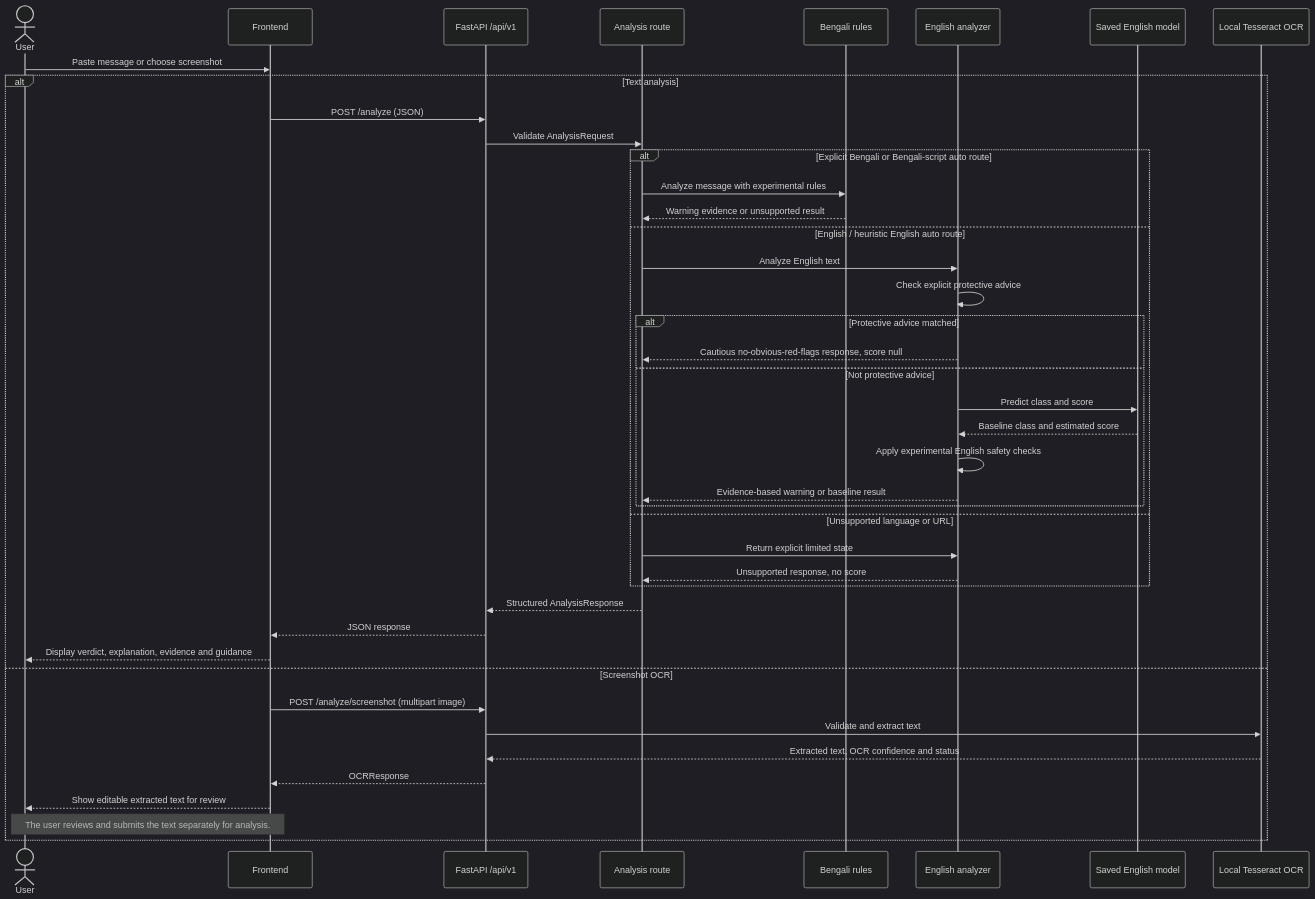
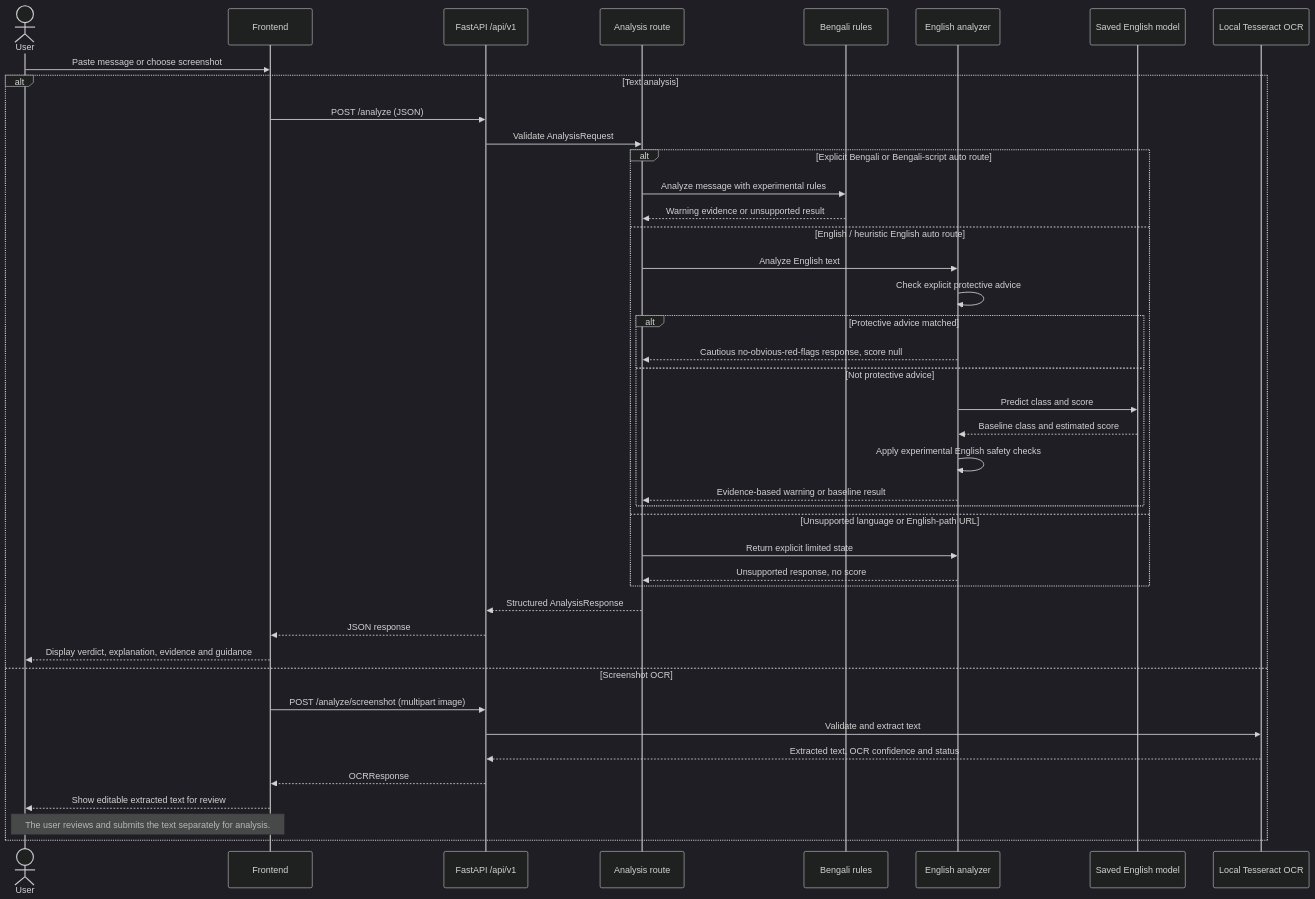
The second of 2 diagrams in docs/architecture.md (devmehrotra-git/CyberHead_Sotorko), drawn with Mermaid (dark theme) before and after one commit. The commit also changed other lines of this file, not shown here.

Commit message:
docs: clarify current URL routing limitation

````diff
--- a/docs/architecture.md
+++ b/docs/architecture.md
@@ -80,46 +80,46 @@
 ```mermaid
 sequenceDiagram
     actor User
     participant Browser as Frontend
     participant API as FastAPI /api/v1
     participant Router as Analysis route
     participant RulesBN as Bengali rules
     participant AnalyzerEN as English analyzer
     participant Model as Saved English model
     participant OCR as Local Tesseract OCR
 
     User->>Browser: Paste message or choose screenshot
 
     alt Text analysis
         Browser->>API: POST /analyze (JSON)
         API->>Router: Validate AnalysisRequest
         alt Explicit Bengali or Bengali-script auto route
             Router->>RulesBN: Analyze message with experimental rules
             RulesBN-->>Router: Warning evidence or unsupported result
         else English / heuristic English auto route
             Router->>AnalyzerEN: Analyze English text
             AnalyzerEN->>AnalyzerEN: Check explicit protective advice
             alt Protective advice matched
                 AnalyzerEN-->>Router: Cautious no-obvious-red-flags response, score null
             else Not protective advice
                 AnalyzerEN->>Model: Predict class and score
                 Model-->>AnalyzerEN: Baseline class and estimated score
                 AnalyzerEN->>AnalyzerEN: Apply experimental English safety checks
                 AnalyzerEN-->>Router: Evidence-based warning or baseline result
             end
-        else Unsupported language or URL
+        else Unsupported language or English-path URL
             Router->>AnalyzerEN: Return explicit limited state
             AnalyzerEN-->>Router: Unsupported response, no score
         end
         Router-->>API: Structured AnalysisResponse
         API-->>Browser: JSON response
         Browser-->>User: Display verdict, explanation, evidence and guidance
     else Screenshot OCR
         Browser->>API: POST /analyze/screenshot (multipart image)
         API->>OCR: Validate and extract text
         OCR-->>API: Extracted text, OCR confidence and status
         API-->>Browser: OCRResponse
         Browser-->>User: Show editable extracted text for review
         Note over User,Browser: The user reviews and submits the text separately for analysis.
     end
 ```
````
